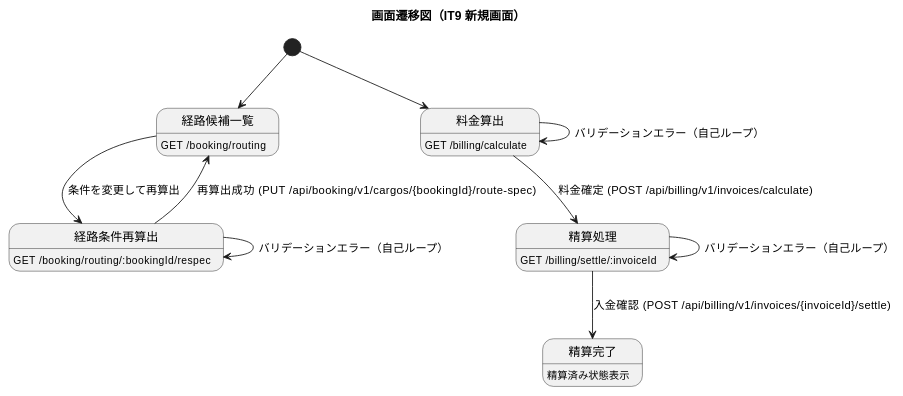
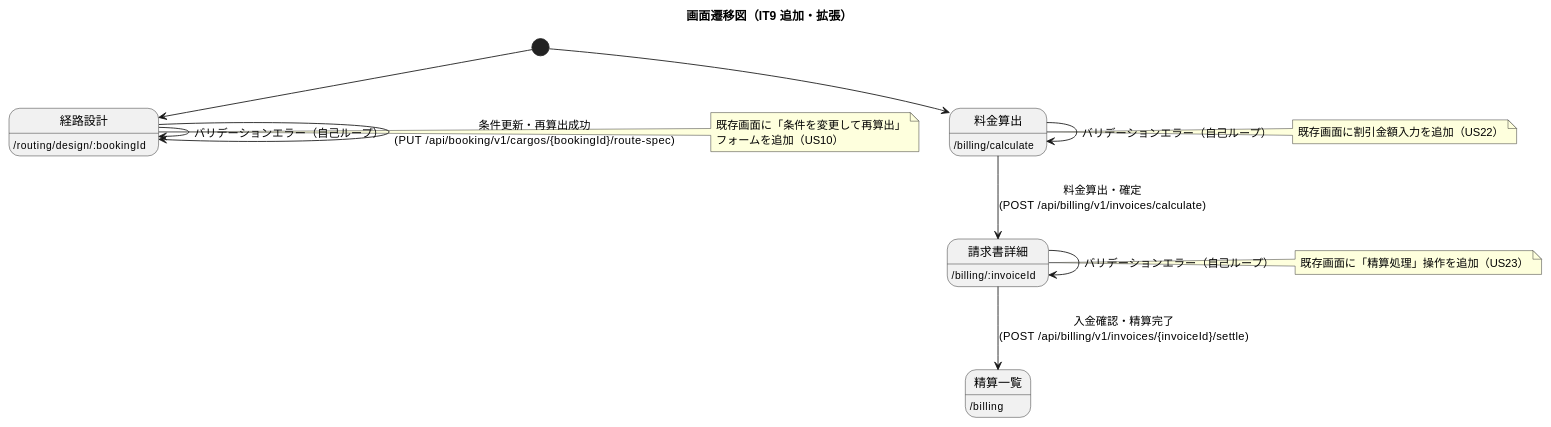
One commit to k2works/case-study-cargo-tracker changed the eighth of 8 diagrams in docs/development/iteration_plan-9.md. Above: the diagram before and after it, drawn with PlantUML. The commit also changed other lines of this file, not shown here.

````diff
--- a/docs/development/iteration_plan-9.md
+++ b/docs/development/iteration_plan-9.md
@@ -392,27 +399,27 @@
 ```plantuml
 @startuml
-title 画面遷移図（IT9 新規画面）
+title 画面遷移図（IT9 追加・拡張）
 
-[*] --> 経路候補一覧
+[*] --> 経路設計
 
-state 経路候補一覧 : GET /booking/routing
-経路候補一覧 --> 経路条件再算出 : 条件を変更して再算出
-
-state 経路条件再算出 : GET /booking/routing/:bookingId/respec
-経路条件再算出 --> 経路条件再算出 : バリデーションエラー（自己ループ）
-経路条件再算出 --> 経路候補一覧 : 再算出成功 (PUT /api/booking/v1/cargos/{bookingId}/route-spec)
+state 経路設計 : /routing/design/:bookingId
+note right of 経路設計 : 既存画面に「条件を変更して再算出」\nフォームを追加（US10）
+経路設計 --> 経路設計 : バリデーションエラー（自己ループ）
+経路設計 --> 経路設計 : 条件更新・再算出成功\n(PUT /api/booking/v1/cargos/{bookingId}/route-spec)
 
 [*] --> 料金算出
 
-state 料金算出 : GET /billing/calculate
+state 料金算出 : /billing/calculate
+note right of 料金算出 : 既存画面に割引金額入力を追加（US22）
 料金算出 --> 料金算出 : バリデーションエラー（自己ループ）
-料金算出 --> 精算処理 : 料金確定 (POST /api/billing/v1/invoices/calculate)
+料金算出 --> 請求書詳細 : 料金算出・確定\n(POST /api/billing/v1/invoices/calculate)
 
-state 精算処理 : GET /billing/settle/:invoiceId
-精算処理 --> 精算処理 : バリデーションエラー（自己ループ）
-精算処理 --> 精算完了 : 入金確認 (POST /api/billing/v1/invoices/{invoiceId}/settle)
+state 請求書詳細 : /billing/:invoiceId
+note right of 請求書詳細 : 既存画面に「精算処理」操作を追加（US23）
+請求書詳細 --> 請求書詳細 : バリデーションエラー（自己ループ）
+請求書詳細 --> 精算一覧 : 入金確認・精算完了\n(POST /api/billing/v1/invoices/{invoiceId}/settle)
 
-state 精算完了 : 精算済み状態表示
+state 精算一覧 : /billing
 
 @enduml
 ```
````
